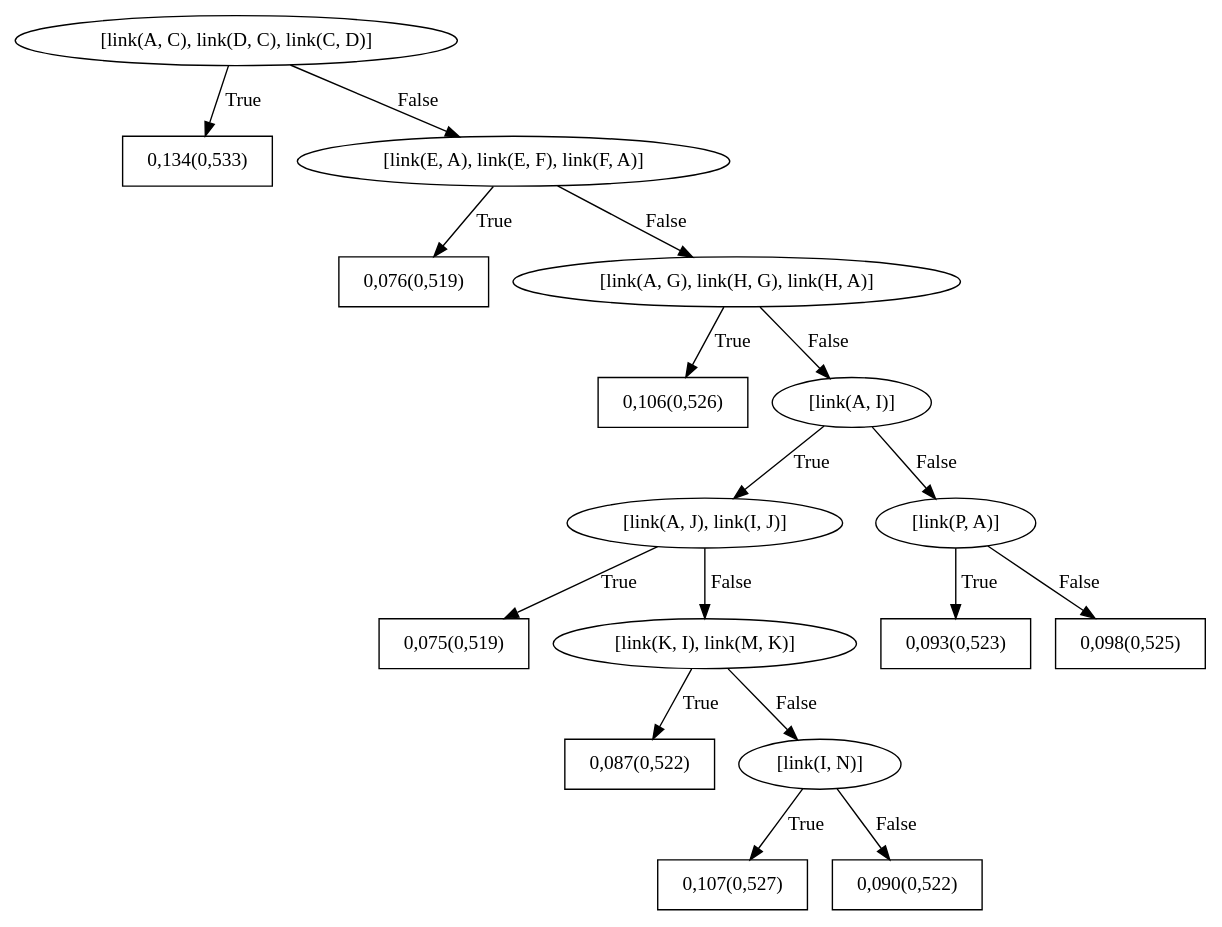
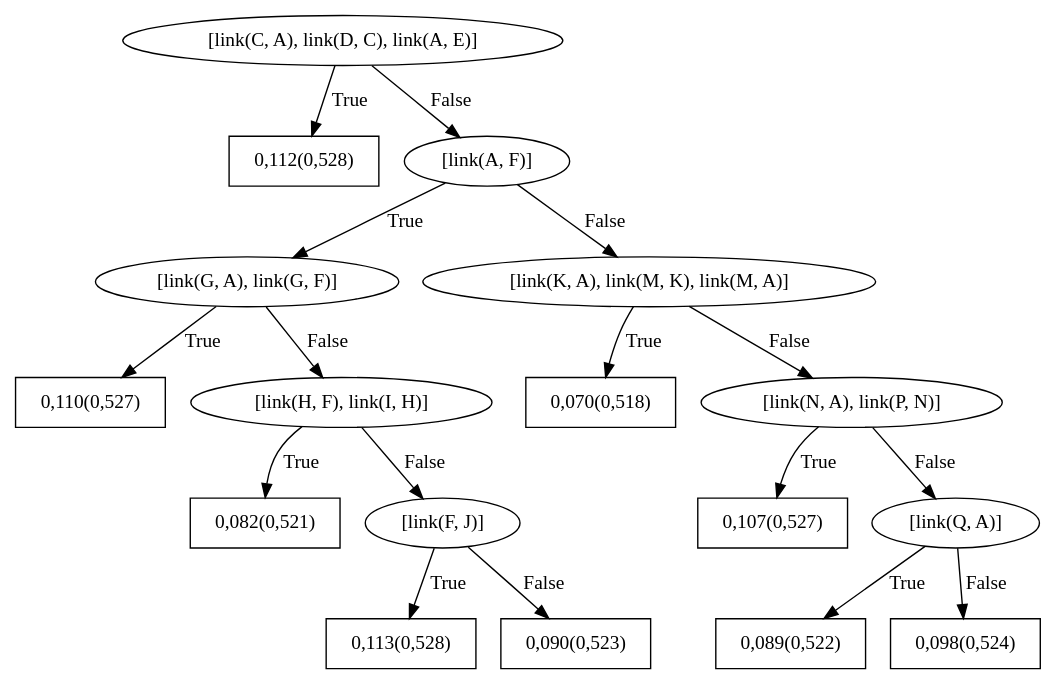
One commit to GabrielaPC/Trabalho-SRL changed the diagram in SRLBoost/data/citeseer/train/models/bRDNs/dotFiles/WILLTreeFor_hasCat9.dot. Above: the diagram before and after it, drawn with Graphviz. The commit also changed 67 other files, not shown here.

```diff
--- a/SRLBoost/data/citeseer/train/models/bRDNs/dotFiles/WILLTreeFor_hasCat9.dot
+++ b/SRLBoost/data/citeseer/train/models/bRDNs/dotFiles/WILLTreeFor_hasCat9.dot
@@ -1,35 +1,35 @@
 digraph G{ 
-1[label = "[link(A, C), link(D, C), link(C, D)]"];
+1[label = "[link(C, A), link(D, C), link(A, E)]"];
 1 -> 2[label="True"];
 1 -> 3[label="False"];
-2[shape = box,label = "0,134(0,533)"];
-3[label = "[link(E, A), link(E, F), link(F, A)]"];
+2[shape = box,label = "0,112(0,528)"];
+3[label = "[link(A, F)]"];
 3 -> 4[label="True"];
 3 -> 5[label="False"];
-4[shape = box,label = "0,076(0,519)"];
-5[label = "[link(A, G), link(H, G), link(H, A)]"];
-5 -> 6[label="True"];
-5 -> 7[label="False"];
-6[shape = box,label = "0,106(0,526)"];
-7[label = "[link(A, I)]"];
+4[label = "[link(G, A), link(G, F)]"];
+4 -> 6[label="True"];
+4 -> 7[label="False"];
+6[shape = box,label = "0,110(0,527)"];
+7[label = "[link(H, F), link(I, H)]"];
 7 -> 8[label="True"];
 7 -> 9[label="False"];
-8[label = "[link(A, J), link(I, J)]"];
-8 -> 10[label="True"];
-8 -> 11[label="False"];
-10[shape = box,label = "0,075(0,519)"];
-11[label = "[link(K, I), link(M, K)]"];
-11 -> 12[label="True"];
-11 -> 13[label="False"];
-12[shape = box,label = "0,087(0,522)"];
-13[label = "[link(I, N)]"];
+8[shape = box,label = "0,082(0,521)"];
+9[label = "[link(F, J)]"];
+9 -> 10[label="True"];
+9 -> 11[label="False"];
+10[shape = box,label = "0,113(0,528)"];
+11[shape = box,label = "0,090(0,523)"];
+5[label = "[link(K, A), link(M, K), link(M, A)]"];
+5 -> 12[label="True"];
+5 -> 13[label="False"];
+12[shape = box,label = "0,070(0,518)"];
+13[label = "[link(N, A), link(P, N)]"];
 13 -> 14[label="True"];
 13 -> 15[label="False"];
 14[shape = box,label = "0,107(0,527)"];
-15[shape = box,label = "0,090(0,522)"];
-9[label = "[link(P, A)]"];
-9 -> 16[label="True"];
-9 -> 17[label="False"];
-16[shape = box,label = "0,093(0,523)"];
-17[shape = box,label = "0,098(0,525)"];
+15[label = "[link(Q, A)]"];
+15 -> 16[label="True"];
+15 -> 17[label="False"];
+16[shape = box,label = "0,089(0,522)"];
+17[shape = box,label = "0,098(0,524)"];
 }
```
